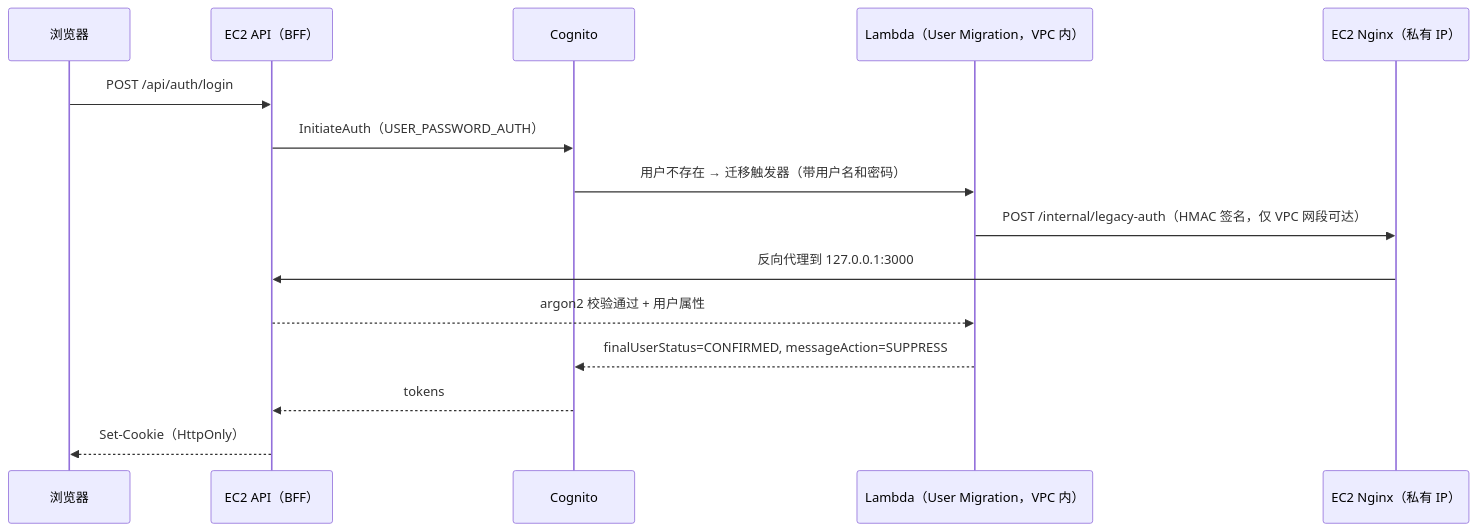
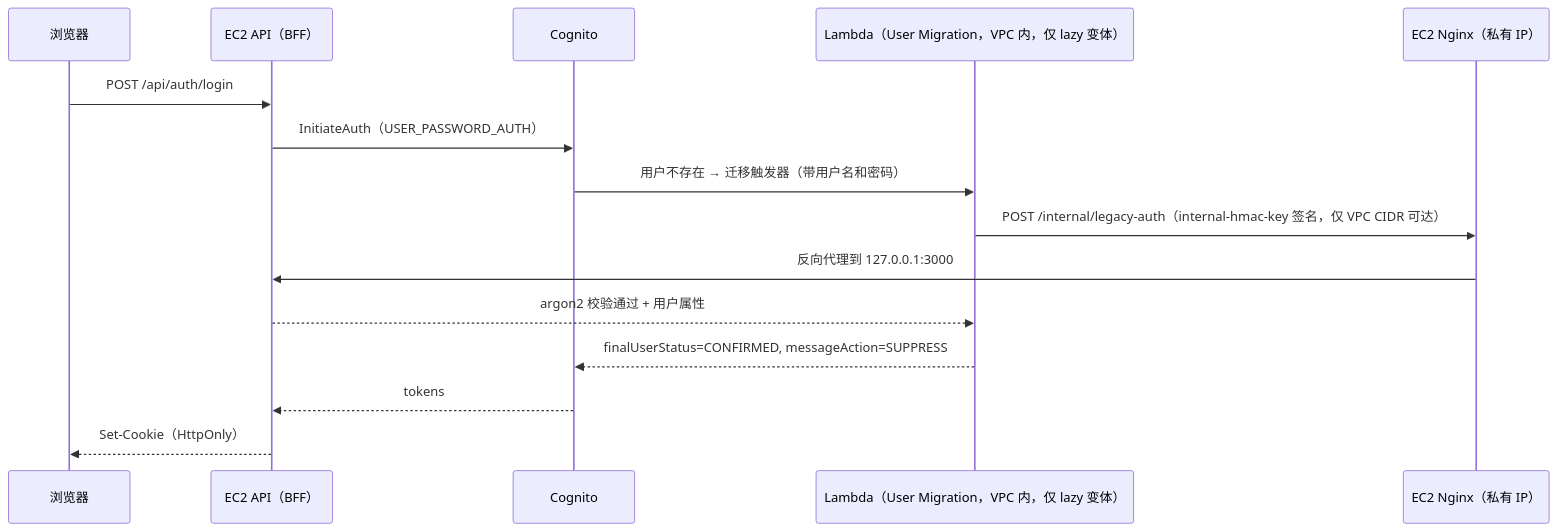
One commit to anc-repository/aws_training changed the fourth of 8 diagrams in docs/modules/02-identity-security.md. Above: the diagram before and after it, drawn with Mermaid. The commit also changed other lines of this file and 12 other files, not shown here.

````diff
--- a/docs/modules/02-identity-security.md
+++ b/docs/modules/02-identity-security.md
@@ -627,17 +717,17 @@
 ```mermaid
 sequenceDiagram
   participant B as 浏览器
   participant API as EC2 API（BFF）
   participant C as Cognito
-  participant L as Lambda（User Migration，VPC 内）
+  participant L as Lambda（User Migration，VPC 内，仅 lazy 变体）
   participant N as EC2 Nginx（私有 IP）
   B->>API: POST /api/auth/login
   API->>C: InitiateAuth（USER_PASSWORD_AUTH）
   C->>L: 用户不存在 → 迁移触发器（带用户名和密码）
-  L->>N: POST /internal/legacy-auth（HMAC 签名，仅 VPC 网段可达）
+  L->>N: POST /internal/legacy-auth（internal-hmac-key 签名，仅 VPC CIDR 可达）
   N->>API: 反向代理到 127.0.0.1:3000
   API-->>L: argon2 校验通过 + 用户属性
   L-->>C: finalUserStatus=CONFIRMED, messageAction=SUPPRESS
   C-->>API: tokens
   API-->>B: Set-Cookie（HttpOnly）
 ```
````
